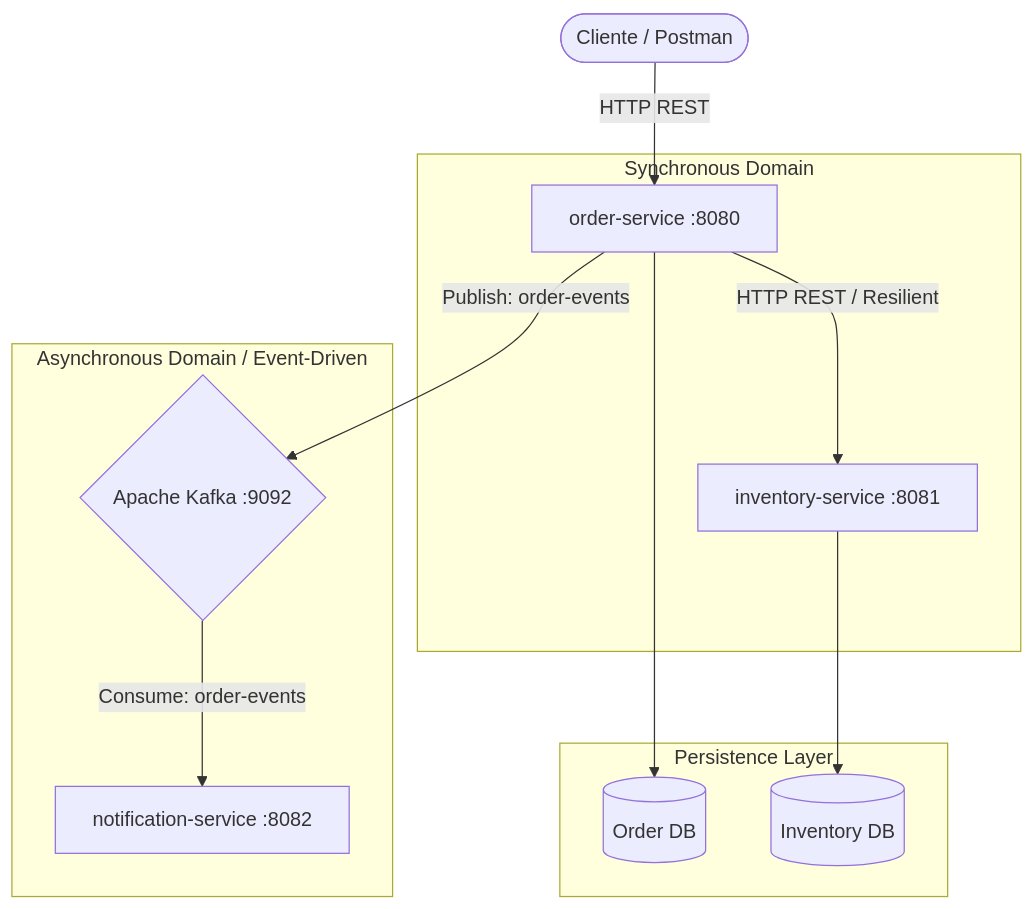
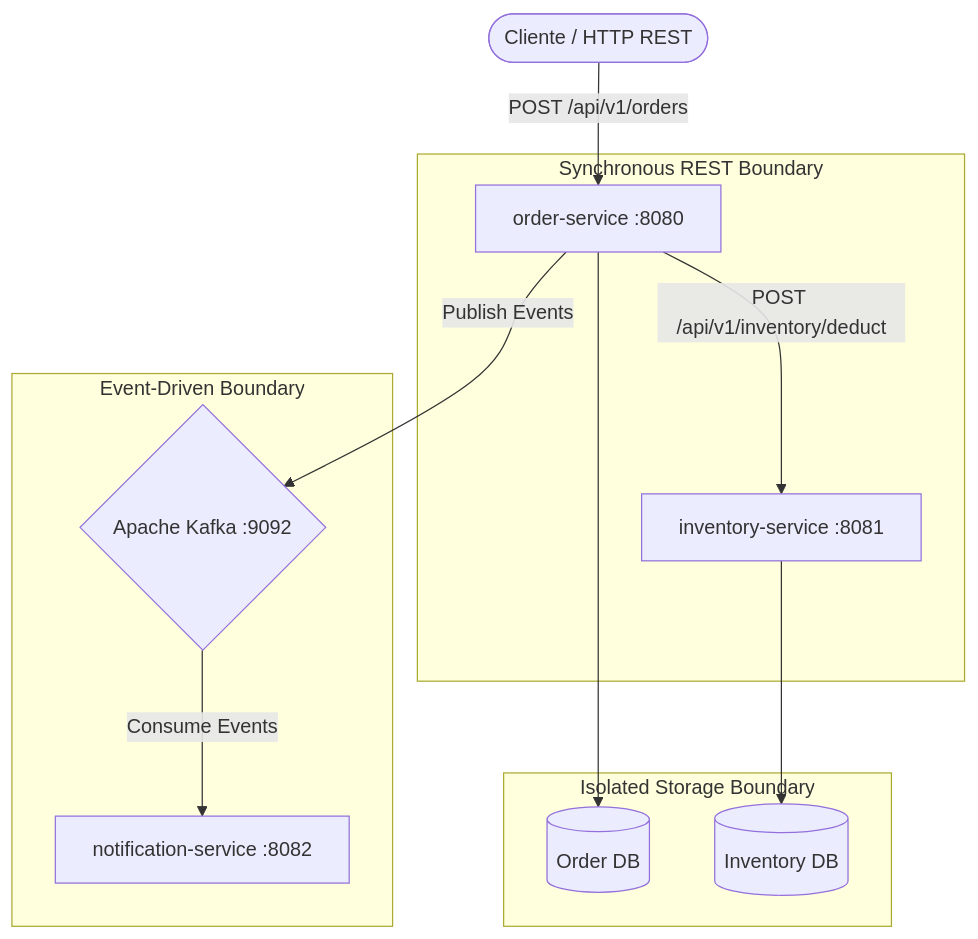
One commit to soniaGarcia/orderinvent-platform changed the first of 4 diagrams in docs/architecture.md. Above: the diagram before and after it, drawn with Mermaid. The commit also changed other lines of this file, not shown here.

````diff
--- a/docs/architecture.md
+++ b/docs/architecture.md
@@ -10,18 +28,18 @@
 ```mermaid
 graph TD
-    Client([Cliente / Postman]) -->|HTTP REST| OrderService[order-service :8080]
+    Client([Cliente / HTTP REST]) -->|POST /api/v1/orders| OrderSvc[order-service :8080]
     
-    subgraph Synchronous Domain
-        OrderService -->|HTTP REST / Resilient| InventoryService[inventory-service :8081]
+    subgraph Synchronous REST Boundary
+        OrderSvc -->|POST /api/v1/inventory/deduct| InvSvc[inventory-service :8081]
     end
 
-    subgraph Persistence Layer
-        OrderService --> DB_Order[(Order DB)]
-        InventoryService --> DB_Inventory[(Inventory DB)]
+    subgraph Isolated Storage Boundary
+        OrderSvc --> DB_Order[(Order DB)]
+        InvSvc --> DB_Inv[(Inventory DB)]
     end
 
-    subgraph Asynchronous Domain / Event-Driven
-        OrderService -->|Publish: order-events| Kafka{Apache Kafka :9092}
-        Kafka -->|Consume: order-events| NotificationService[notification-service :8082]
+    subgraph Event-Driven Boundary
+        OrderSvc -->|Publish Events| Kafka{Apache Kafka :9092}
+        Kafka -->|Consume Events| NotifSvc[notification-service :8082]
     end
 ```
````
